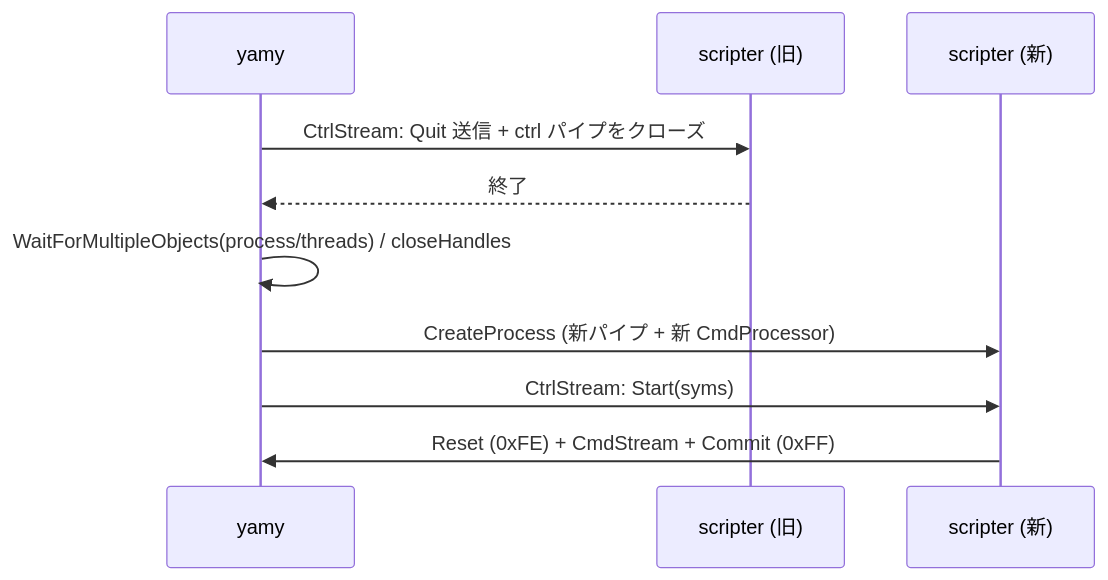
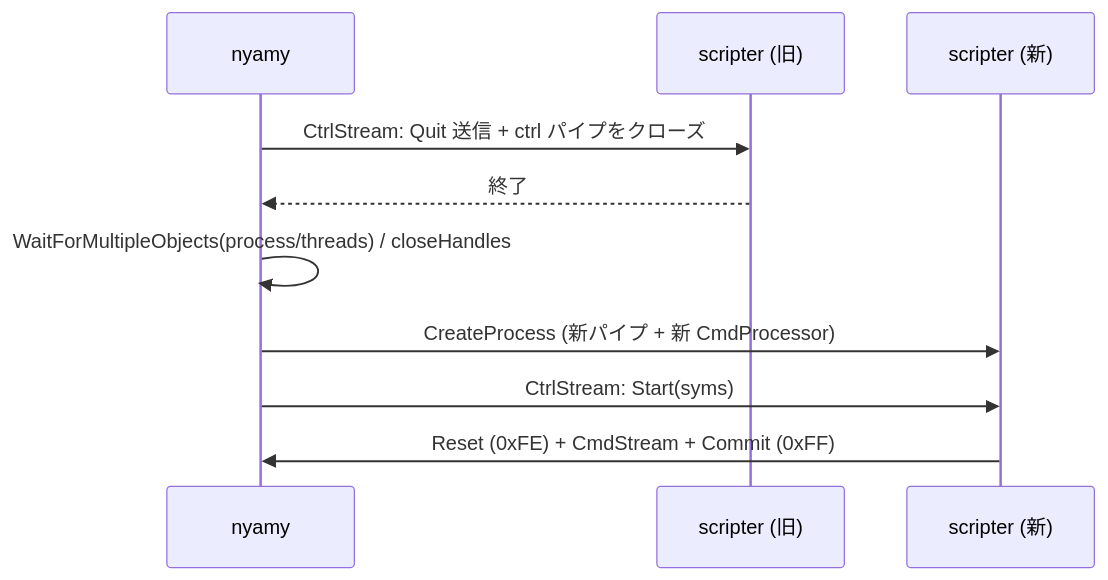
One commit to vmi/nyamy changed the second of 2 diagrams in doc/scripter-design/protocol.md. Above: the diagram before and after it, drawn with Mermaid. The commit also changed other lines of this file and 80 other files, not shown here.

````diff
--- a/doc/scripter-design/protocol.md
+++ b/doc/scripter-design/protocol.md
@@ -233,13 +233,13 @@
 ```mermaid
 sequenceDiagram
-    participant yamy
+    participant nyamy
     participant old as scripter (旧)
     participant new as scripter (新)
 
-    yamy->>old: CtrlStream: Quit 送信 + ctrl パイプをクローズ
-    old-->>yamy: 終了
-    yamy->>yamy: WaitForMultipleObjects(process/threads) / closeHandles
-    yamy->>new: CreateProcess (新パイプ + 新 CmdProcessor)
-    yamy->>new: CtrlStream: Start(syms)
-    new->>yamy: Reset (0xFE) + CmdStream + Commit (0xFF)
+    nyamy->>old: CtrlStream: Quit 送信 + ctrl パイプをクローズ
+    old-->>nyamy: 終了
+    nyamy->>nyamy: WaitForMultipleObjects(process/threads) / closeHandles
+    nyamy->>new: CreateProcess (新パイプ + 新 CmdProcessor)
+    nyamy->>new: CtrlStream: Start(syms)
+    new->>nyamy: Reset (0xFE) + CmdStream + Commit (0xFF)
 ```
````
